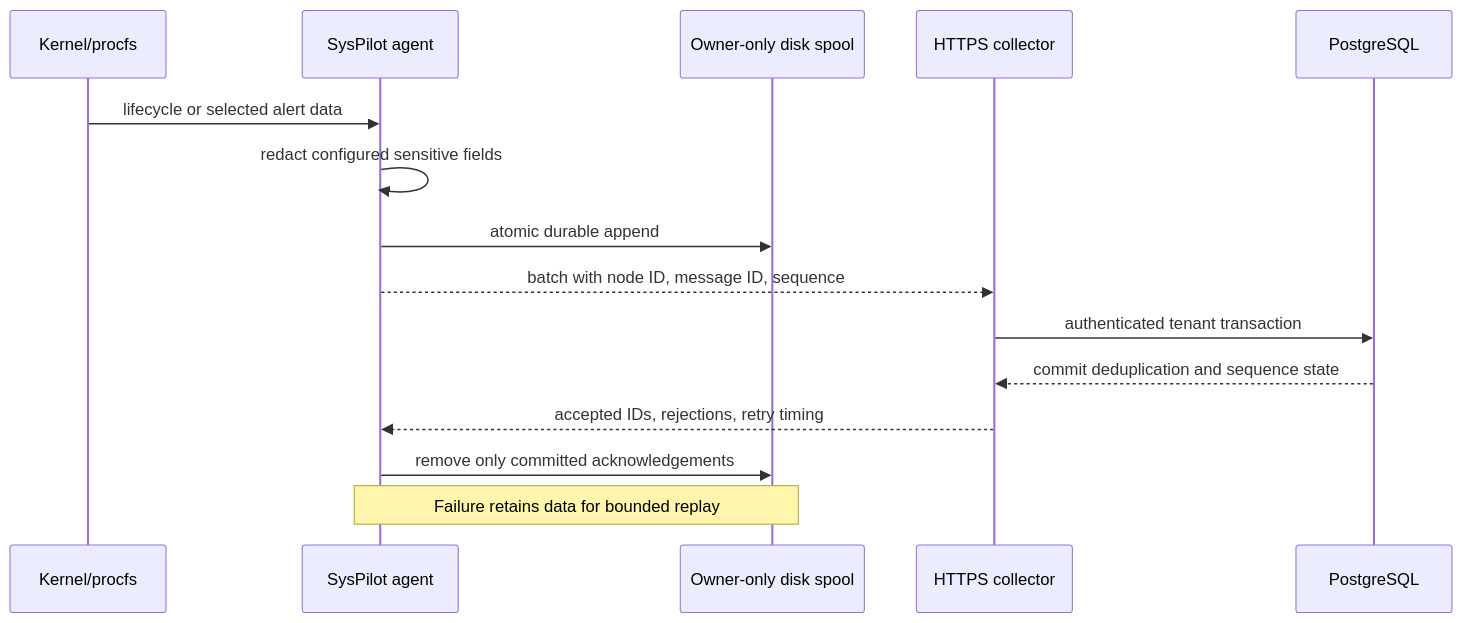
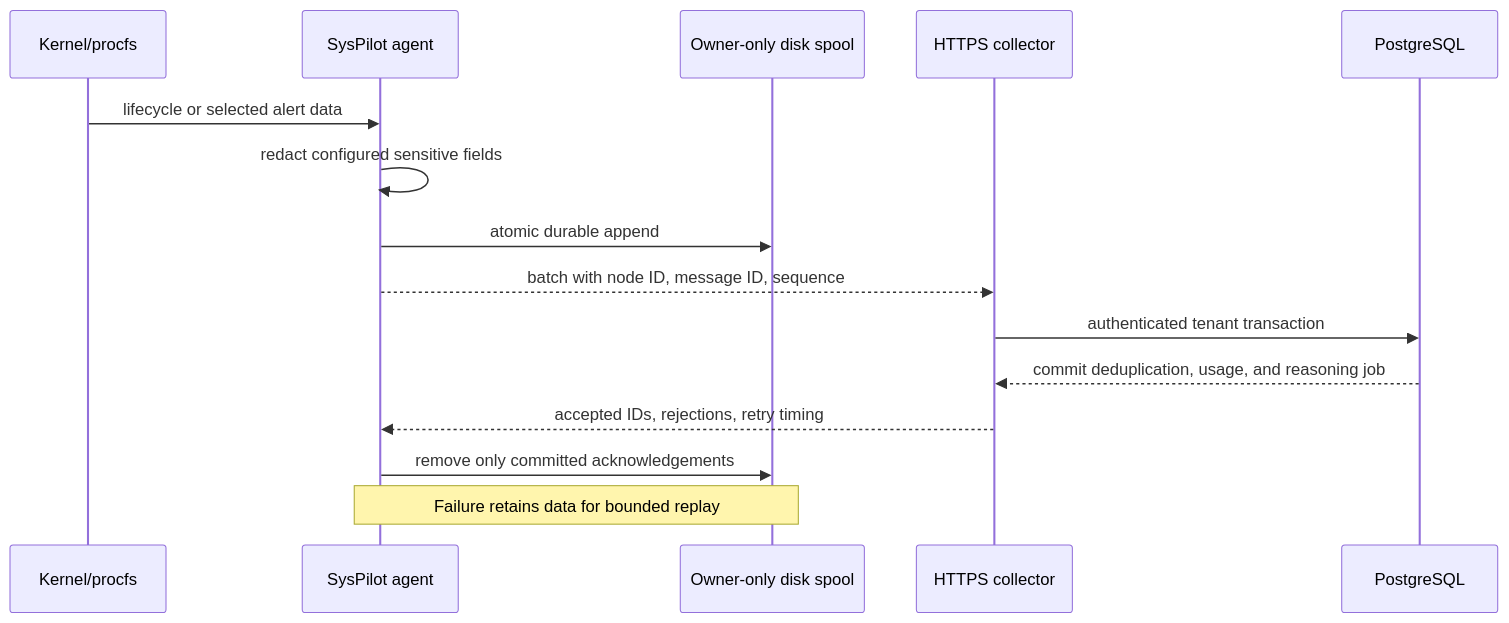
One commit to slumio/SystemPilot changed the third of 5 diagrams in ARCHITECTURE.md. Above: the diagram before and after it, drawn with Mermaid. The commit also changed other lines of this file and 29 other files, not shown here.

````diff
--- a/ARCHITECTURE.md
+++ b/ARCHITECTURE.md
@@ -66,17 +69,17 @@
 ```mermaid
 sequenceDiagram
     participant K as Kernel/procfs
     participant A as SysPilot agent
     participant S as Owner-only disk spool
     participant C as HTTPS collector
     participant P as PostgreSQL
     K->>A: lifecycle or selected alert data
     A->>A: redact configured sensitive fields
     A->>S: atomic durable append
     A-->>C: batch with node ID, message ID, sequence
     C->>P: authenticated tenant transaction
-    P-->>C: commit deduplication and sequence state
+    P-->>C: commit deduplication, usage, and reasoning job
     C-->>A: accepted IDs, rejections, retry timing
     A->>S: remove only committed acknowledgements
     Note over A,S: Failure retains data for bounded replay
 ```
````
